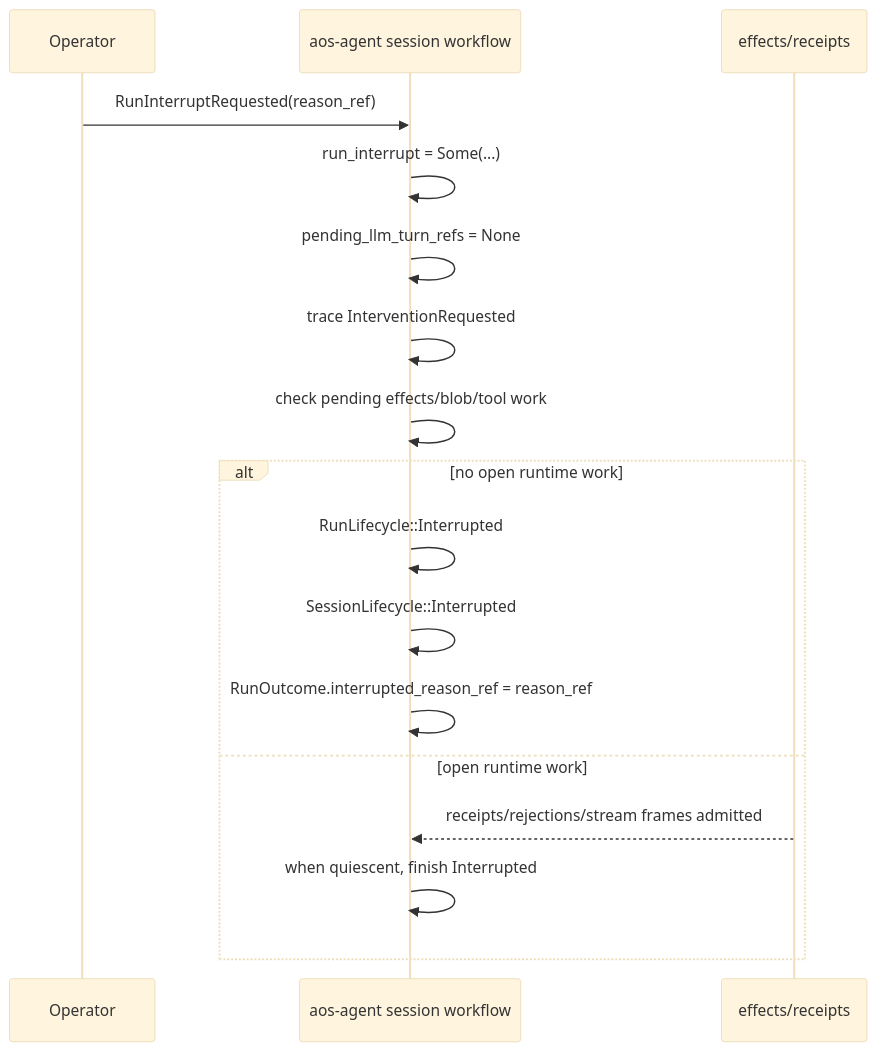
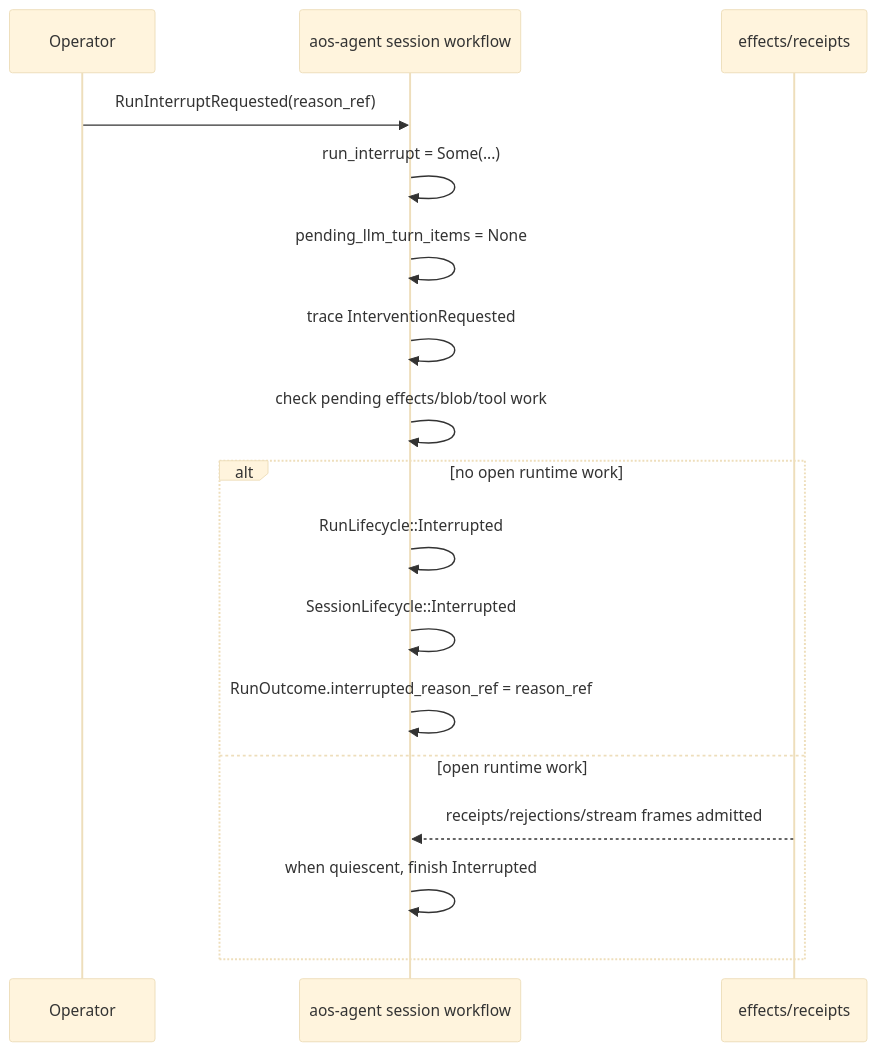
Diagram 21 of 22 in roadmap/v0.30-agent/visual-guide.md (smartcomputer-ai/agent-os), drawn with Mermaid (base theme) before and after one commit. The commit also changed other lines of this file and 32 other files, not shown here.

````diff
--- a/roadmap/v0.30-agent/visual-guide.md
+++ b/roadmap/v0.30-agent/visual-guide.md
@@ -1578,20 +1602,20 @@
 ```mermaid
 sequenceDiagram
   participant Operator
   participant Agent as aos-agent session workflow
   participant Runtime as effects/receipts
 
   Operator->>Agent: RunInterruptRequested(reason_ref)
   Agent->>Agent: run_interrupt = Some(...)
-  Agent->>Agent: pending_llm_turn_refs = None
+  Agent->>Agent: pending_llm_turn_items = None
   Agent->>Agent: trace InterventionRequested
   Agent->>Agent: check pending effects/blob/tool work
   alt no open runtime work
     Agent->>Agent: RunLifecycle::Interrupted
     Agent->>Agent: SessionLifecycle::Interrupted
     Agent->>Agent: RunOutcome.interrupted_reason_ref = reason_ref
   else open runtime work
     Runtime-->>Agent: receipts/rejections/stream frames admitted
     Agent->>Agent: when quiescent, finish Interrupted
   end
 ```
````
